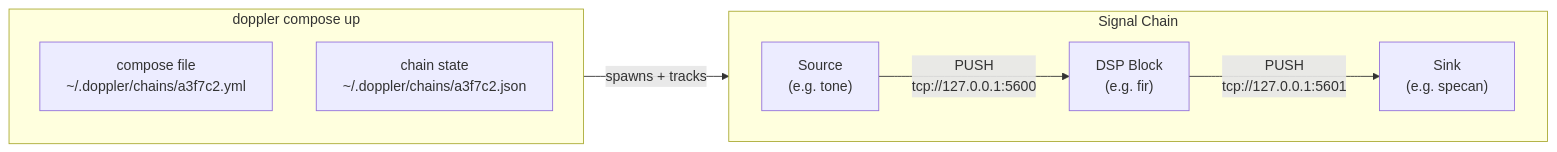
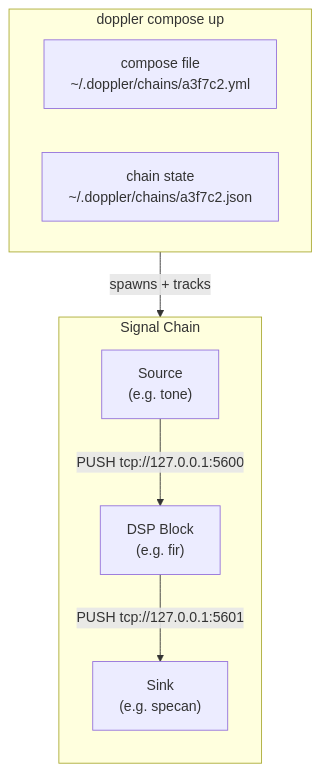
Before and after one commit to doppler-dsp/doppler: the first of 2 diagrams in docs/cli/index.md, drawn with Mermaid. The commit also changed other lines of this file, not shown here.

Commit message:
docs(cli): stack architecture diagrams vertically for legibility
flowchart LR → flowchart TB on both mermaid diagrams in docs/cli/index.md.

````diff
--- a/docs/cli/index.md
+++ b/docs/cli/index.md
@@ -43,20 +43,19 @@
 ```mermaid
-flowchart LR
+flowchart TB
+    subgraph Runner ["doppler compose up"]
+        CFG["compose file\n~/.doppler/chains/a3f7c2.yml"]
+        STATE["chain state\n~/.doppler/chains/a3f7c2.json"]
+    end
+
     subgraph Pipeline ["Signal Chain"]
-        direction LR
+        direction TB
         SRC["Source\n(e.g. tone)"]
         DSP["DSP Block\n(e.g. fir)"]
         SINK["Sink\n(e.g. specan)"]
 
-        SRC -- "PUSH\ntcp://127.0.0.1:5600" --> DSP
-        DSP -- "PUSH\ntcp://127.0.0.1:5601" --> SINK
-    end
-
-    subgraph Runner ["doppler compose up"]
-        direction TB
-        CFG["compose file\n~/.doppler/chains/a3f7c2.yml"]
-        STATE["chain state\n~/.doppler/chains/a3f7c2.json"]
+        SRC -- "PUSH  tcp://127.0.0.1:5600" --> DSP
+        DSP -- "PUSH  tcp://127.0.0.1:5601" --> SINK
     end
 
     Runner -- "spawns + tracks" --> Pipeline
 ```
````
